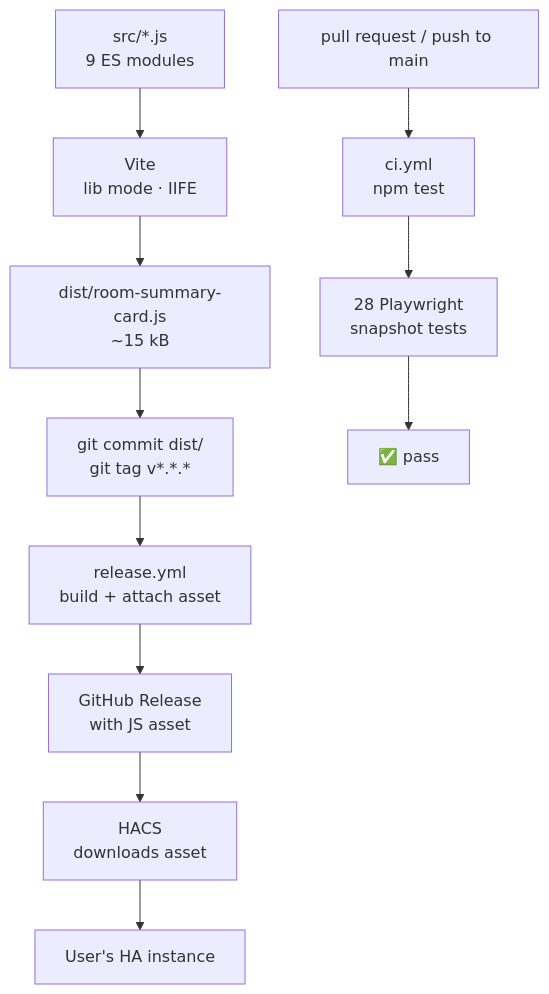
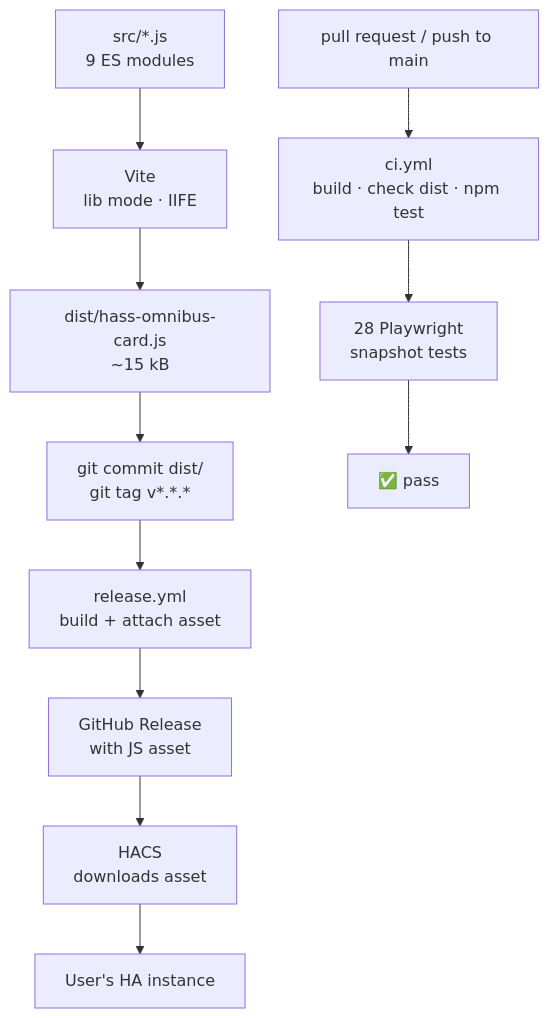
The third of 3 diagrams in DEVELOPMENT.md (darknessnerd/hass-omnibus-card), drawn with Mermaid before and after one commit. The commit also changed other lines of this file and 17 other files, not shown here.

````diff
--- a/DEVELOPMENT.md
+++ b/DEVELOPMENT.md
@@ -86,19 +86,19 @@
 ```mermaid
 flowchart TD
   src["src/*.js\n9 ES modules"]
   vite["Vite\nlib mode · IIFE"]
-  dist["dist/room-summary-card.js\n~15 kB"]
+  dist["dist/hass-omnibus-card.js\n~15 kB"]
   commit["git commit dist/\ngit tag v*.*.*"]
   rel_wf["release.yml\nbuild + attach asset"]
   release["GitHub Release\nwith JS asset"]
   hacs["HACS\ndownloads asset"]
   ha["User's HA instance"]
 
   pr["pull request / push to main"]
-  ci_wf["ci.yml\nnpm test"]
+  ci_wf["ci.yml\nbuild · check dist · npm test"]
   tests["28 Playwright\nsnapshot tests"]
   pass["✅ pass"]
 
   src --> vite --> dist --> commit --> rel_wf --> release --> hacs --> ha
   pr --> ci_wf --> tests --> pass
 ```
````
